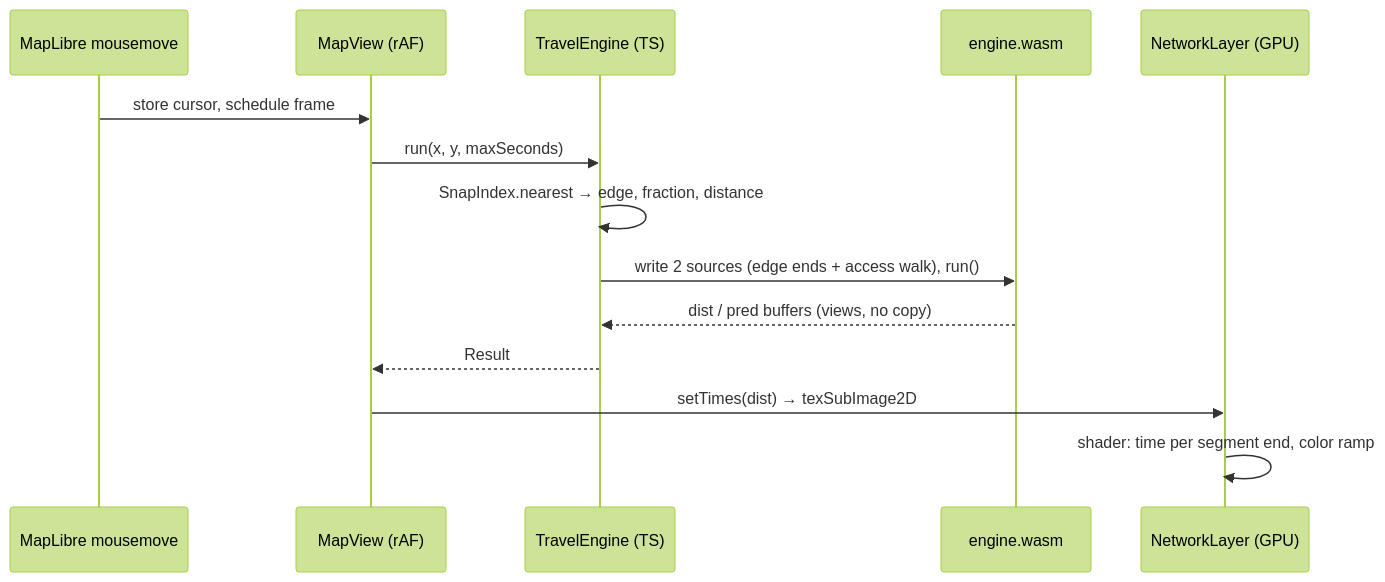
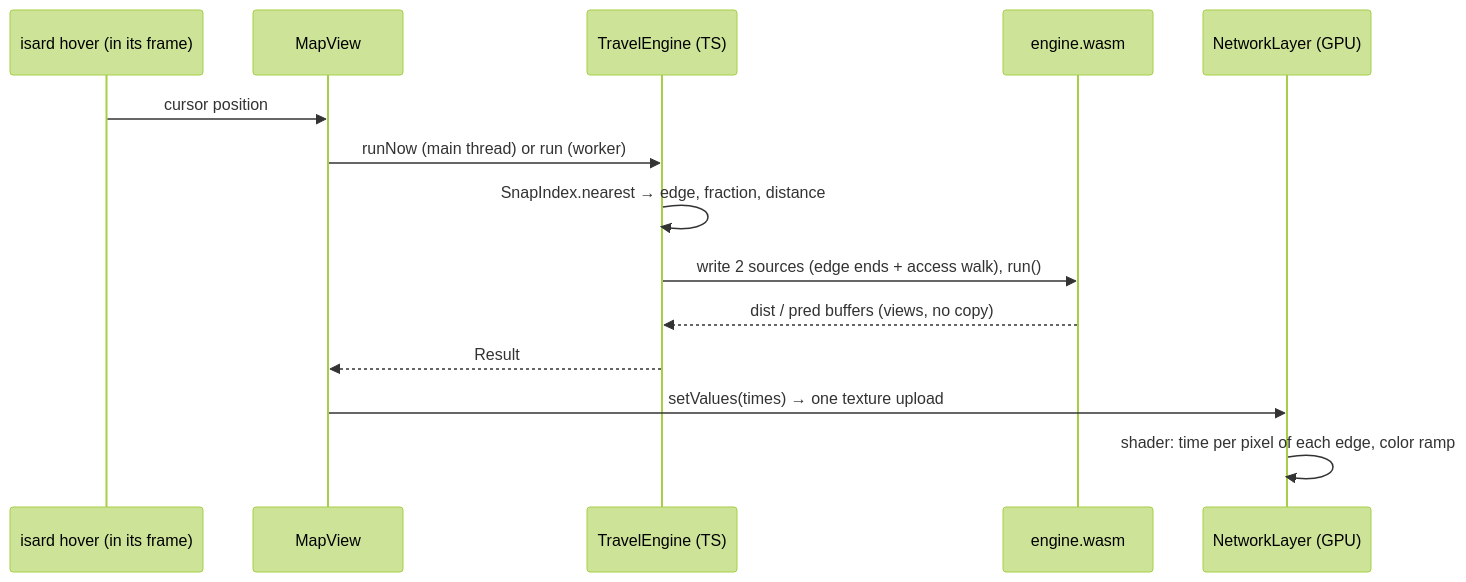
The second of 2 diagrams in docs/architecture.md (IGNF/geo-reach), drawn with Mermaid (forest theme) before and after one commit. The commit also changed other lines of this file and 4 other files, not shown here.

Commit message:
Docs for the isard map: rendering (layers, network layer, buildings, scheduling, MapLibre vs isard), architecture; how it works points at the current files, the IGN hillshade named again

````diff
--- a/docs/architecture.md
+++ b/docs/architecture.md
@@ -93,17 +95,17 @@
 ```mermaid
 sequenceDiagram
-  participant M as MapLibre mousemove
-  participant V as MapView (rAF)
+  participant M as isard hover (in its frame)
+  participant V as MapView
   participant T as TravelEngine (TS)
   participant W as engine.wasm
   participant G as NetworkLayer (GPU)
 
-  M->>V: store cursor, schedule frame
-  V->>T: run(x, y, maxSeconds)
+  M->>V: cursor position
+  V->>T: runNow (main thread) or run (worker)
   T->>T: SnapIndex.nearest → edge, fraction, distance
   T->>W: write 2 sources (edge ends + access walk), run()
   W-->>T: dist / pred buffers (views, no copy)
   T-->>V: Result
-  V->>G: setTimes(dist) → texSubImage2D
-  G->>G: shader: time per segment end, color ramp
+  V->>G: setValues(times) → one texture upload
+  G->>G: shader: time per pixel of each edge, color ramp
 ```
````
